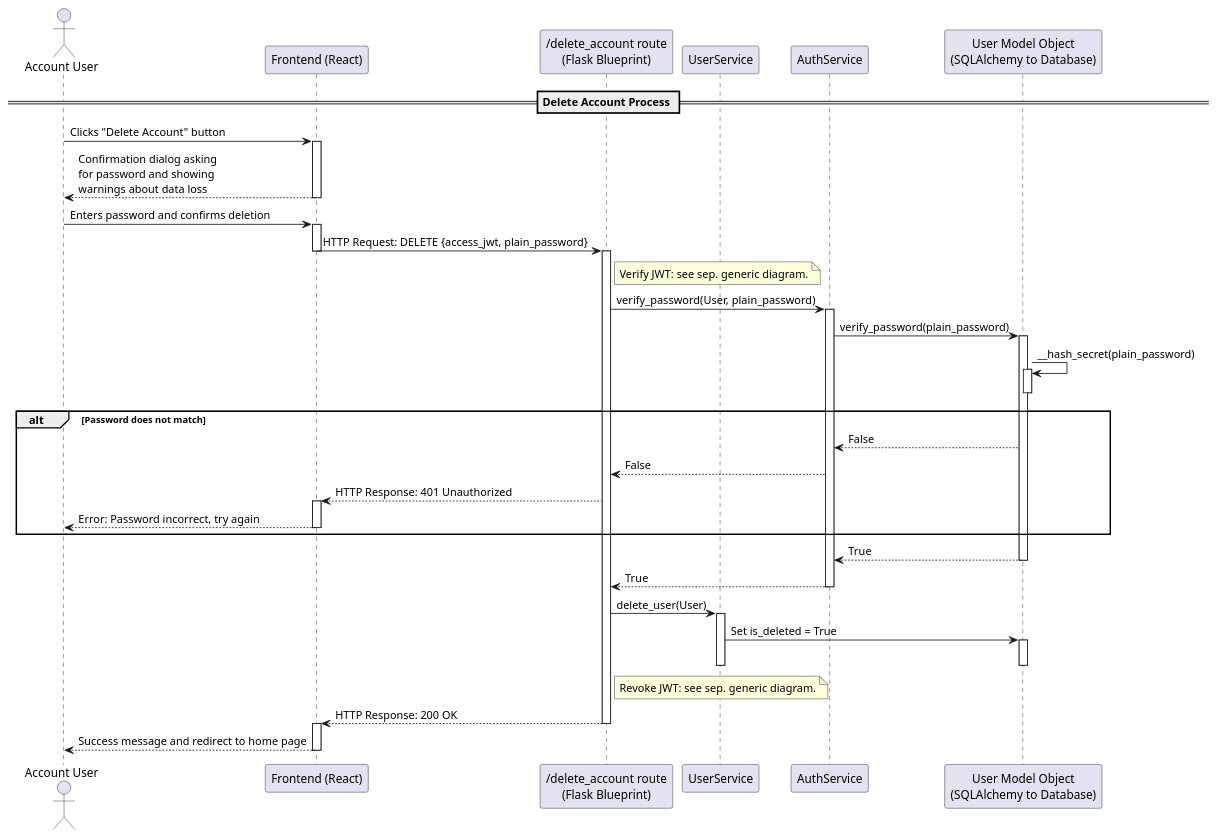
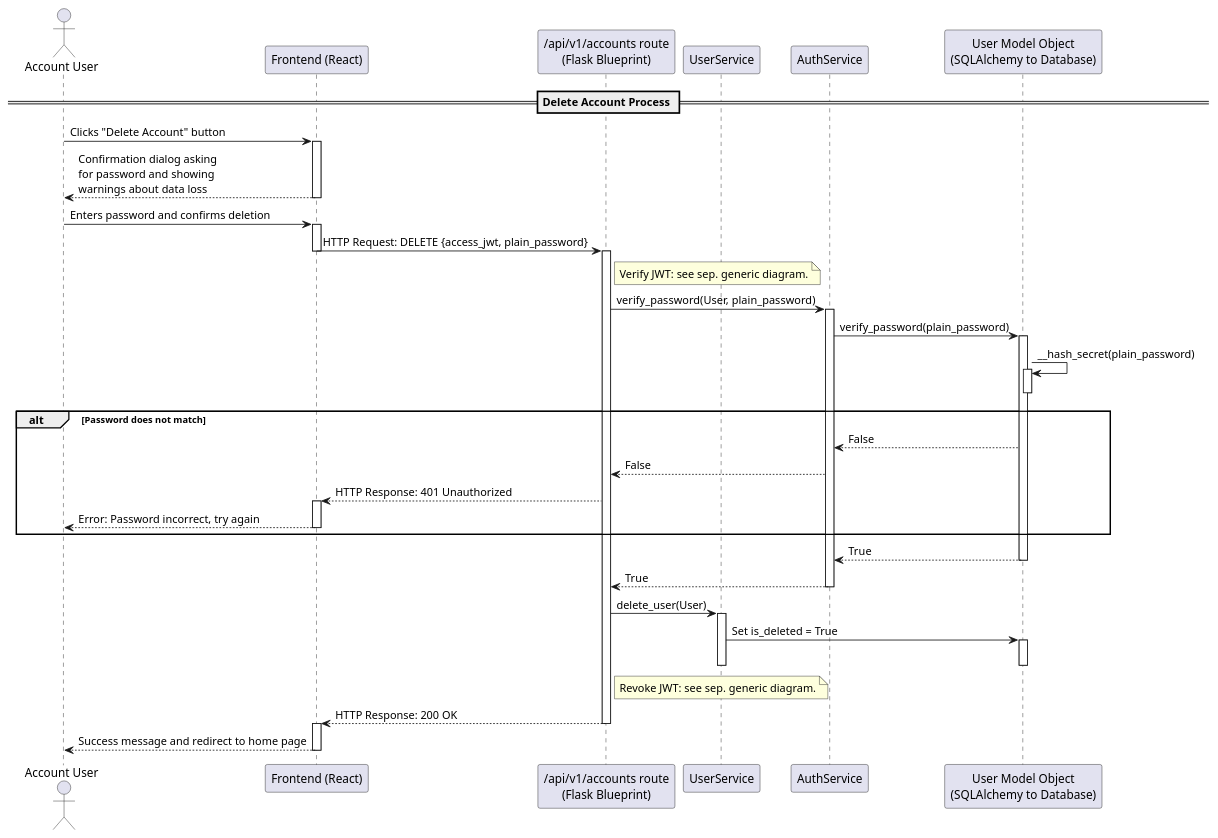
One commit to dominikoetiker/TheMentalLoadHub changed the diagram in docs/src/diagrams/uml/sequence/account_management/delete_account.puml. Above: the diagram before and after it, drawn with PlantUML. The commit also changed 26 other files, not shown here.

Commit message:
Update README and UML diagrams to reflect a more RESTful API naming

```diff
--- a/docs/src/diagrams/uml/sequence/account_management/delete_account.puml
+++ b/docs/src/diagrams/uml/sequence/account_management/delete_account.puml
@@ -1,51 +1,51 @@
 @startuml DeleteAccountSequence
 actor "Account User" as User
 participant "Frontend (React)" as FE
-participant "/delete_account route\n(Flask Blueprint)" as DR
+participant "/api/v1/accounts route\n(Flask Blueprint)" as AR
 participant "UserService" as US
 participant "AuthService" as AS
 participant "User Model Object\n(SQLAlchemy to Database)" as UM
 
 == Delete Account Process ==
 User -> FE: Clicks "Delete Account" button
 activate FE
 User <-- FE: Confirmation dialog asking\nfor password and showing\nwarnings about data loss
 deactivate FE
 User -> FE: Enters password and confirms deletion
 activate FE
-FE -> DR: HTTP Request: DELETE {access_jwt, plain_password}
+FE -> AR: HTTP Request: DELETE {access_jwt, plain_password}
 deactivate FE
-activate DR
-note right of DR: Verify JWT: see sep. generic diagram.
-DR -> AS: verify_password(User, plain_password)
+activate AR
+note right of AR: Verify JWT: see sep. generic diagram.
+AR -> AS: verify_password(User, plain_password)
 activate AS
 AS -> UM: verify_password(plain_password)
 activate UM
 UM -> UM: __hash_secret(plain_password)
 activate UM
 deactivate UM
 alt Password does not match
     AS <-- UM: False
-    DR <-- AS: False
-    FE <-- DR: HTTP Response: 401 Unauthorized
+    AR <-- AS: False
+    FE <-- AR: HTTP Response: 401 Unauthorized
     activate FE
     User <-- FE: Error: Password incorrect, try again
     deactivate FE
 end
 AS <-- UM: True
 deactivate UM
-DR <-- AS: True
+AR <-- AS: True
 deactivate AS
-DR -> US: delete_user(User)
+AR -> US: delete_user(User)
 activate US
 US -> UM: Set is_deleted = True
 activate UM
 deactivate UM
 deactivate US
-note right of DR: Revoke JWT: see sep. generic diagram.
-FE <-- DR: HTTP Response: 200 OK
-deactivate DR
+note right of AR: Revoke JWT: see sep. generic diagram.
+FE <-- AR: HTTP Response: 200 OK
+deactivate AR
 activate FE
 User <-- FE: Success message and redirect to home page
 deactivate FE
 @enduml
```
